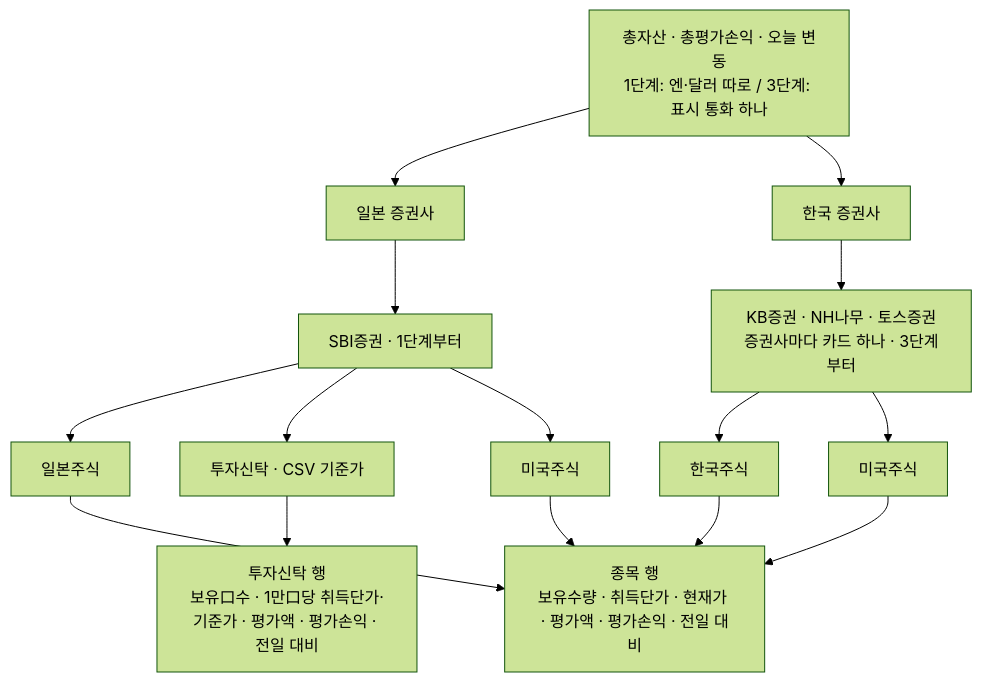
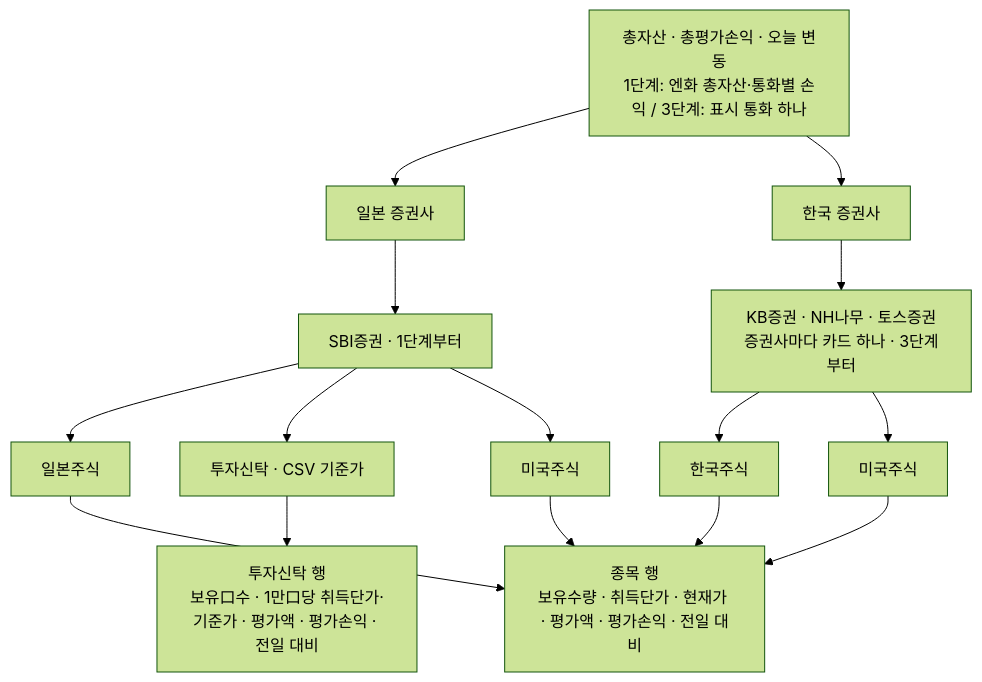
The first of 5 diagrams in docs/PRD.md (padahkim/trizon), drawn with Mermaid (forest theme) before and after one commit. The commit also changed other lines of this file and 13 other files, not shown here.

````diff
--- a/docs/PRD.md
+++ b/docs/PRD.md
@@ -63,15 +63,15 @@
 ```mermaid
 flowchart TD
-  total["총자산 · 총평가손익 · 오늘 변동<br/>1단계: 엔·달러 따로 / 3단계: 표시 통화 하나"]
+  total["총자산 · 총평가손익 · 오늘 변동<br/>1단계: 엔화 총자산·통화별 손익 / 3단계: 표시 통화 하나"]
   total --> jp["일본 증권사"]
   total --> kr["한국 증권사"]
   jp --> sbi["SBI증권 · 1단계부터"]
   sbi --> sbijp["일본주식"]
   sbi --> sbifund["투자신탁 · CSV 기준가"]
   sbi --> sbius["미국주식"]
   kr --> krb["KB증권 · NH나무 · 토스증권<br/>증권사마다 카드 하나 · 3단계부터"]
   krb --> krkr["한국주식"]
   krb --> krus["미국주식"]
   sbijp & sbius & krkr & krus --> row["종목 행<br/>보유수량 · 취득단가 · 현재가 · 평가액 · 평가손익 · 전일 대비"]
   sbifund --> fundrow["투자신탁 행<br/>보유口수 · 1만口당 취득단가·기준가 · 평가액 · 평가손익 · 전일 대비"]
 ```
````
